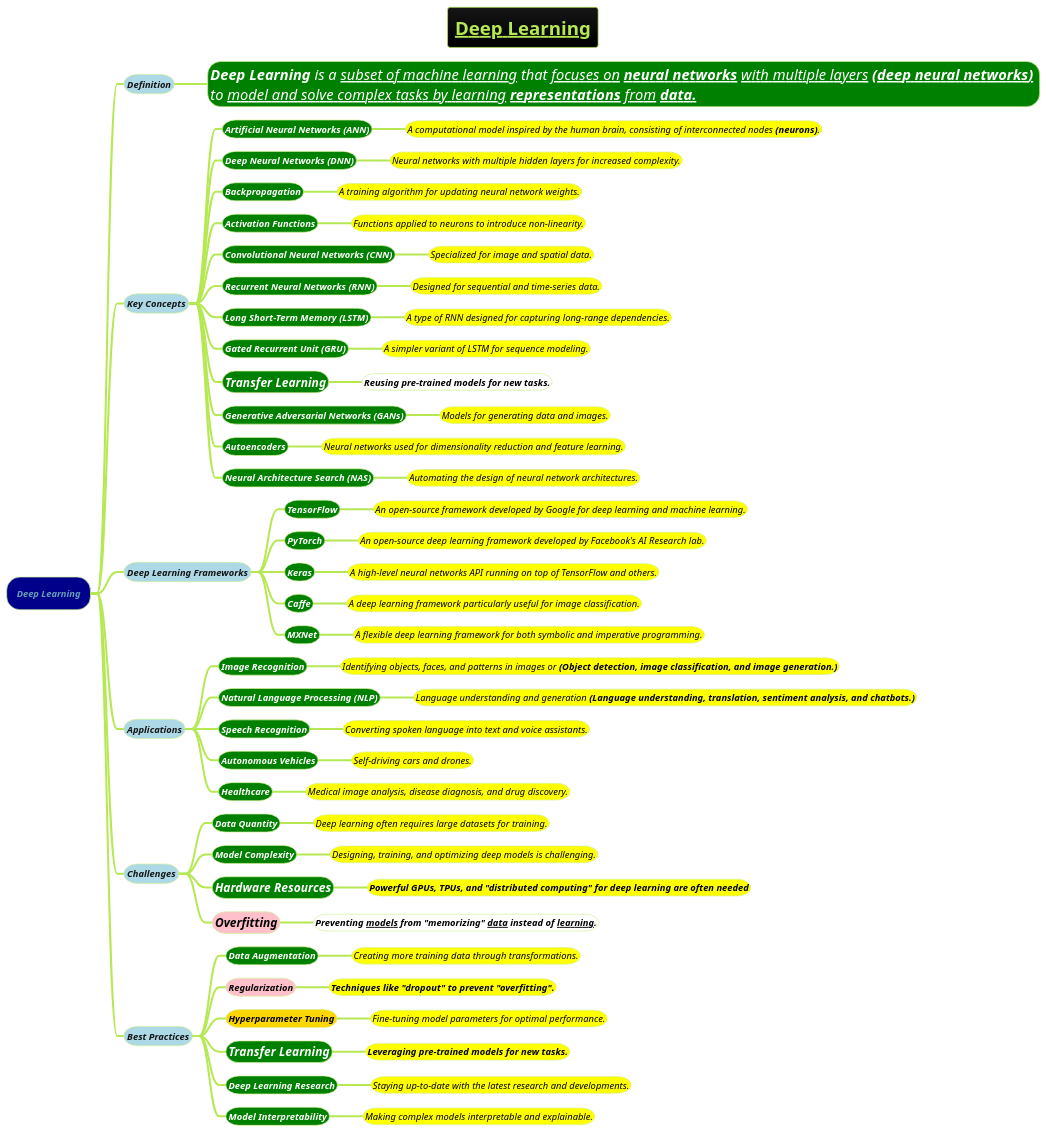
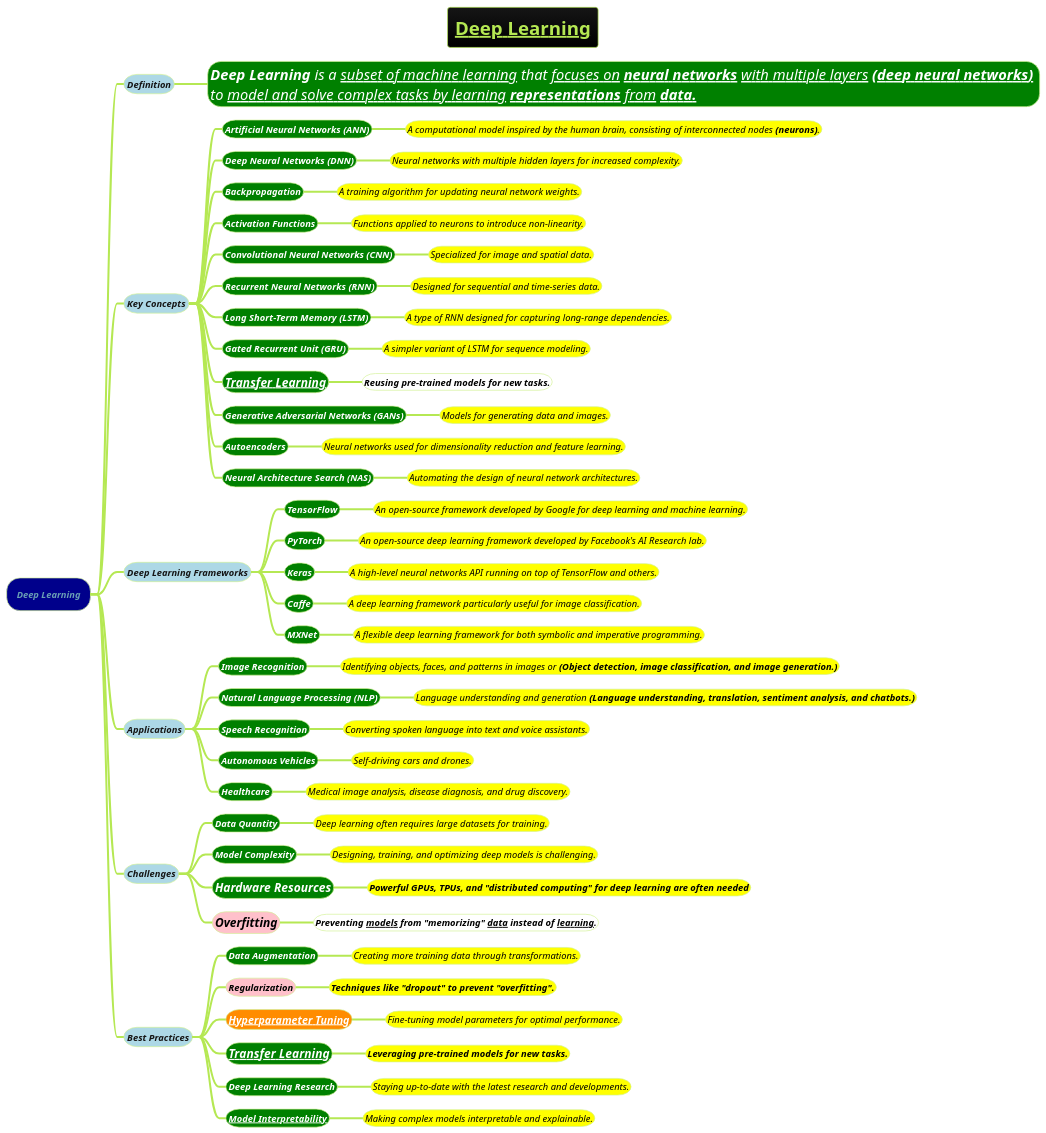
The diagram in docs/AI-ML- DL-Data-Science-and-BigData/machine-learning-ML/3-deep-learning-DL/Deep-Learning.puml (MehmoodHashmi/Documentation-as-Code-DaC), drawn with PlantUML before and after one commit. The commit also changed 14 other files, not shown here.

```diff
--- a/docs/AI-ML- DL-Data-Science-and-BigData/machine-learning-ML/3-deep-learning-DL/Deep-Learning.puml
+++ b/docs/AI-ML- DL-Data-Science-and-BigData/machine-learning-ML/3-deep-learning-DL/Deep-Learning.puml
@@ -1,83 +1,83 @@
 @startmindmap
 title =__Deep Learning__
 !theme hacker
 
 *[#darkblue] <size:14><i>Deep Learning
 **[#lightblue] <size:14><i>Definition
 ***[#green] <i><color #white><size:22>**Deep Learning** is a __subset of machine learning__ that __focuses on **[[Neural-Network-Architecture.puml neural networks]]** with multiple layers **[[Neural-Network-Architecture.puml (deep neural networks)]]**__ \n<i><size:22><color #white>to __model and solve complex tasks by learning **representations** from **data.**__
 
 **[#lightblue] <size:14><i>Key Concepts
 ***[#green] <color #white><b><size:14><i>Artificial Neural Networks **(ANN)**
 ****[#yellow] <i><color #black><size:14>A computational model inspired by the human brain, consisting of interconnected nodes **(neurons)**.
 ***[#green] <color #white><b><size:14><i>Deep Neural Networks **(DNN)**
 ****[#yellow] <i><color #black><size:14>Neural networks with multiple hidden layers for increased complexity.
 ***[#green] <color #white><b><size:14><i>Backpropagation
 ****[#yellow] <i><color #black><size:14>A training algorithm for updating neural network weights.
 ***[#green] <color #white><b><size:14><i>Activation Functions
 ****[#yellow] <i><color #black><size:14>Functions applied to neurons to introduce non-linearity.
 ***[#green] <color #white><b><size:14><i>Convolutional Neural Networks **(CNN)**
 ****[#yellow] <i><color #black><size:14>Specialized for image and spatial data.
 ***[#green] <color #white><b><size:14><i>Recurrent Neural Networks **(RNN)**
 ****[#yellow] <i><color #black><size:14>Designed for sequential and time-series data.
 ***[#green] <color #white><b><size:14><i>Long Short-Term Memory **(LSTM)**
 ****[#yellow] <i><color #black><size:14>A type of RNN designed for capturing long-range dependencies.
 ***[#green] <color #white><b><size:14><i>Gated Recurrent Unit **(GRU)**
 ****[#yellow] <i><color #black><size:14>A simpler variant of LSTM for sequence modeling.
-***[#green] <i><color #white><size:18>**Transfer Learning**
+***[#green] <i><color #white><size:18><b>[[Model-Fine-Tuning.puml Transfer Learning]]
 ****[#white] <i><color #black><size:14>**Reusing pre-trained models for new tasks.**
 ***[#green] <color #white><b><size:14><i>Generative Adversarial Networks **(GANs)**
 ****[#yellow] <i><color #black><size:14>Models for generating data and images.
 ***[#green] <color #white><b><size:14><i>Autoencoders
 ****[#yellow] <i><color #black><size:14>Neural networks used for dimensionality reduction and feature learning.
 ***[#green] <color #white><b><size:14><i>Neural Architecture Search **(NAS)**
 ****[#yellow] <i><color #black><size:14>Automating the design of neural network architectures.
 
 **[#lightblue] <size:14><i>Deep Learning Frameworks
 ***[#green] <color #white><b><size:14><i>TensorFlow
 ****[#yellow] <i><color #black><size:14>An open-source framework developed by Google for deep learning and machine learning.
 ***[#green] <color #white><b><size:14><i>PyTorch
 ****[#yellow] <i><color #black><size:14>An open-source deep learning framework developed by Facebook's AI Research lab.
 ***[#green] <color #white><b><size:14><i>Keras
 ****[#yellow] <i><color #black><size:14>A high-level neural networks API running on top of TensorFlow and others.
 ***[#green] <color #white><b><size:14><i>Caffe
 ****[#yellow] <i><color #black><size:14>A deep learning framework particularly useful for image classification.
 ***[#green] <color #white><b><size:14><i>MXNet
 ****[#yellow] <i><color #black><size:14>A flexible deep learning framework for both symbolic and imperative programming.
 
 **[#lightblue] <size:14><i>Applications
 ***[#green] <color #white><b><size:14><i>Image Recognition
 ****[#yellow] <i><color #black><size:14>Identifying objects, faces, and patterns in images or **(Object detection, image classification, and image generation.)**
 ***[#green] <color #white><b><size:14><i>Natural Language Processing **(NLP)**
 ****[#yellow] <i><color #black><size:14>Language understanding and generation **(Language understanding, translation, sentiment analysis, and chatbots.)**
 ***[#green] <color #white><b><size:14><i>Speech Recognition
 ****[#yellow] <i><color #black><size:14>Converting spoken language into text and voice assistants.
 ***[#green] <color #white><b><size:14><i>Autonomous Vehicles
 ****[#yellow] <i><color #black><size:14>Self-driving cars and drones.
 ***[#green] <color #white><b><size:14><i>Healthcare
 ****[#yellow] <i><color #black><size:14>Medical image analysis, disease diagnosis, and drug discovery.
 
 **[#lightblue] <size:14><i>Challenges
 ***[#green] <color #white><b><size:14><i>Data Quantity
 ****[#yellow] <i><color #black><size:14>Deep learning often requires large datasets for training.
 ***[#green] <color #white><b><size:14><i>Model Complexity
 ****[#yellow] <i><color #black><size:14>Designing, training, and optimizing deep models is challenging.
 ***[#green] <color #white><b><size:18><i>Hardware Resources
 ****[#yellow] <i><color #black><size:14><b>Powerful GPUs, TPUs, and "distributed computing" for deep learning are often needed
 ***[#pink] <i><color #black><size:18>**Overfitting**
 ****[#white] <i><color #black><size:14>**Preventing __models__ from "memorizing" __data__ instead of __learning__.**
 
 **[#lightblue] <size:14><i>Best Practices
 ***[#green] <color #white><b><size:14><i>Data Augmentation
 ****[#yellow] <i><color #black><size:14>Creating more training data through transformations.
 ***[#pink] <i><color #black><size:14>**Regularization**
 ****[#yellow] <i><color #black><size:14>**Techniques like "dropout" to prevent "overfitting".**
-***[#gold] <i><color #black><size:14>**Hyperparameter Tuning**
+***[#darkorange] <i><color #black><size:16><b>[[Hyperparameter-Tuning.puml Hyperparameter Tuning]]
 ****[#yellow] <i><color #black><size:14>Fine-tuning model parameters for optimal performance.
-***[#green] <i><color #white><size:18>**Transfer Learning**
+***[#green] <i><color #white><size:18><b>[[Model-Fine-Tuning.puml Transfer Learning]]
 ****[#yellow] <i><color #black><size:14>**Leveraging pre-trained models for new tasks.**
 ***[#green] <color #white><b><size:14><i>Deep Learning Research
 ****[#yellow] <i><color #black><size:14>Staying up-to-date with the latest research and developments.
-***[#green] <color #white><b><size:14><i>Model Interpretability
+***[#green] <color #white><b><size:14><i>[[how-to/Model-Explainability.puml Model Interpretability]]
 ****[#yellow] <i><color #black><size:14>Making complex models interpretable and explainable.
 
 @endmindmap
```
